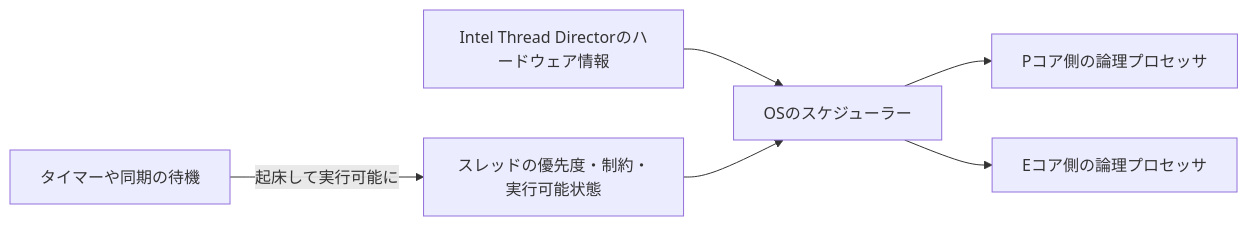
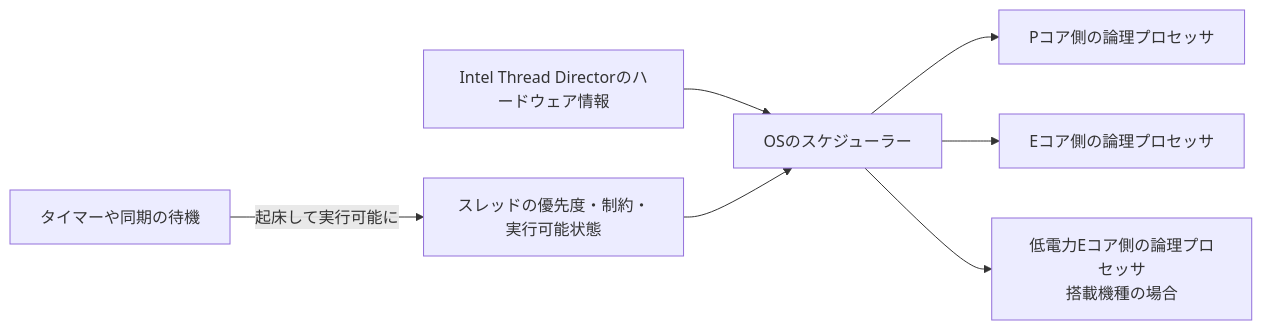
One commit to sny0/sny0.github.io changed the diagram in study/docs/hardware/cpu/hybrid-cpu-scheduling.md. Above: the diagram before and after it, drawn with Mermaid. The commit also changed other lines of this file and 19 other files, not shown here.

Commit message:
Deepen 17 Study articles and expand the shader roadmap

````diff
--- a/study/docs/hardware/cpu/hybrid-cpu-scheduling.md
+++ b/study/docs/hardware/cpu/hybrid-cpu-scheduling.md
@@ -18,8 +18,9 @@
 ```mermaid
 flowchart LR
     H["Intel Thread Directorのハードウェア情報"] --> S["OSのスケジューラー"]
     T["スレッドの優先度・制約・実行可能状態"] --> S
     S --> P["Pコア側の論理プロセッサ"]
     S --> E["Eコア側の論理プロセッサ"]
+    S --> L["低電力Eコア側の論理プロセッサ<br/>搭載機種の場合"]
     W["タイマーや同期の待機"] -->|起床して実行可能に| T
 ```
````
